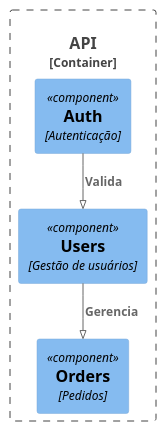
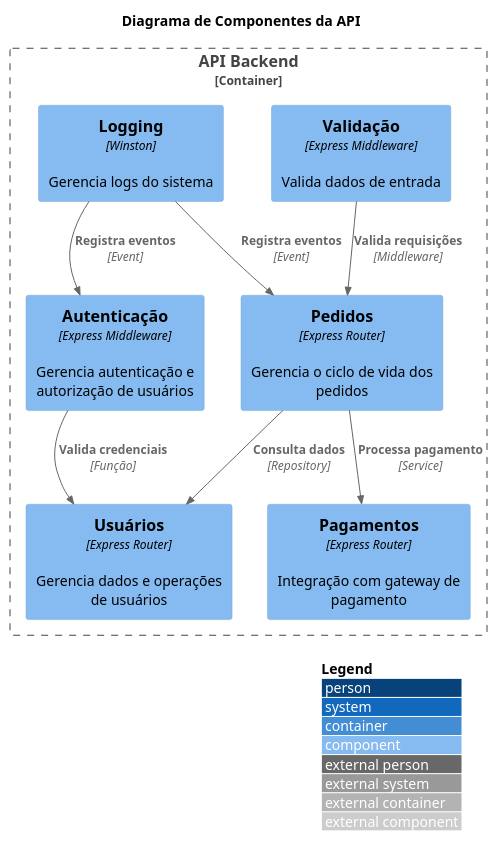
Before and after one commit to tiagonpsilva/architecture-decision-records: the diagram in diagrams/adr-039-components.puml, drawn with PlantUML. The commit also changed 30 other files, not shown here.

Commit message:
feat: atualização dos diagramas C4 e adição de novos ADRs (Redis, AWS, ElasticSearch, ArgoCD, Datadog)

```diff
--- a/diagrams/adr-039-components.puml
+++ b/diagrams/adr-039-components.puml
@@ -1,14 +1,24 @@
 @startuml
-!pragma layout smetana
-' version 1.2023.7
-!include C4_Component.puml
+!include https://raw.githubusercontent.com/plantuml-stdlib/C4-PlantUML/master/C4_Component.puml
 
-Container_Boundary(api, "API") {
-    Component(auth, "Auth", "Autenticação")
-    Component(users, "Users", "Gestão de usuários")
-    Component(orders, "Orders", "Pedidos")
+LAYOUT_WITH_LEGEND()
+
+title Diagrama de Componentes da API
+
+Container_Boundary(api, "API Backend") {
+    Component(auth, "Autenticação", "Express Middleware", "Gerencia autenticação e autorização de usuários")
+    Component(orders, "Pedidos", "Express Router", "Gerencia o ciclo de vida dos pedidos")
+    Component(users, "Usuários", "Express Router", "Gerencia dados e operações de usuários")
+    Component(payment, "Pagamentos", "Express Router", "Integração com gateway de pagamento")
+    Component(validation, "Validação", "Express Middleware", "Valida dados de entrada")
+    Component(logging, "Logging", "Winston", "Gerencia logs do sistema")
 }
 
-Rel(auth, users, "Valida")
-Rel(users, orders, "Gerencia")
+Rel(auth, users, "Valida credenciais", "Função")
+Rel(orders, users, "Consulta dados", "Repository")
+Rel(orders, payment, "Processa pagamento", "Service")
+Rel(validation, orders, "Valida requisições", "Middleware")
+Rel(logging, auth, "Registra eventos", "Event")
+Rel(logging, orders, "Registra eventos", "Event")
+
 @enduml 
```
